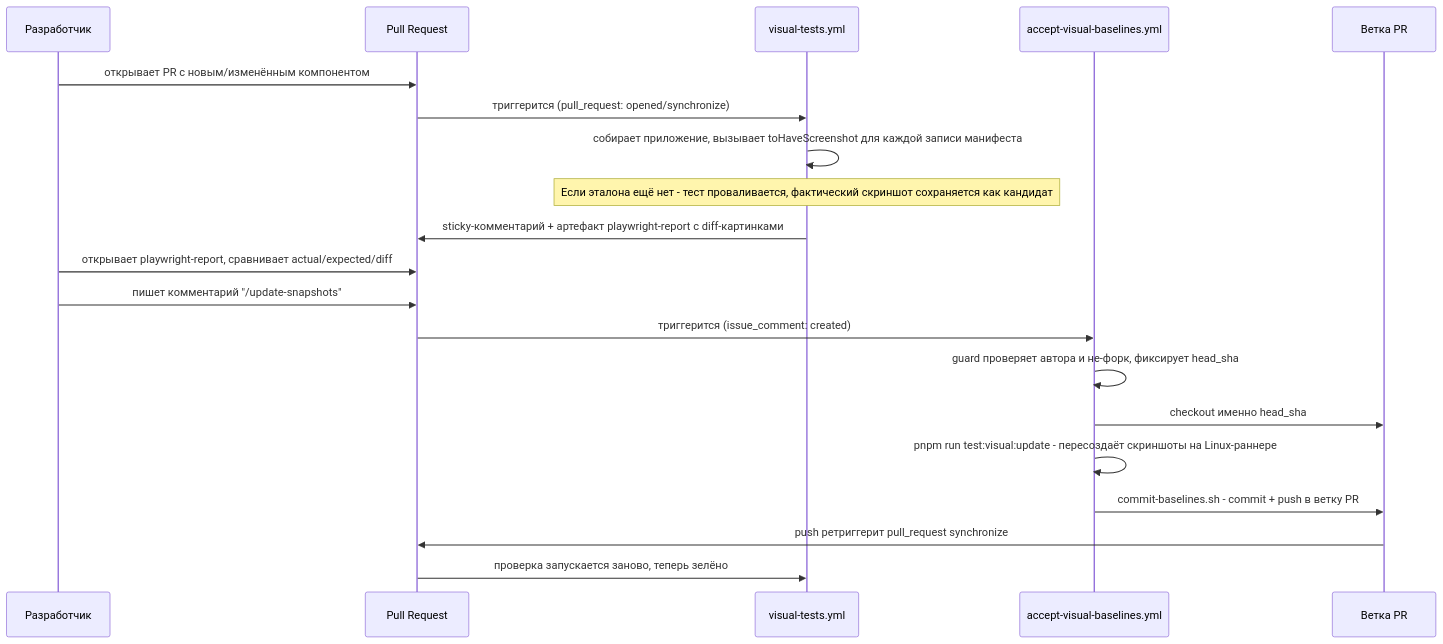
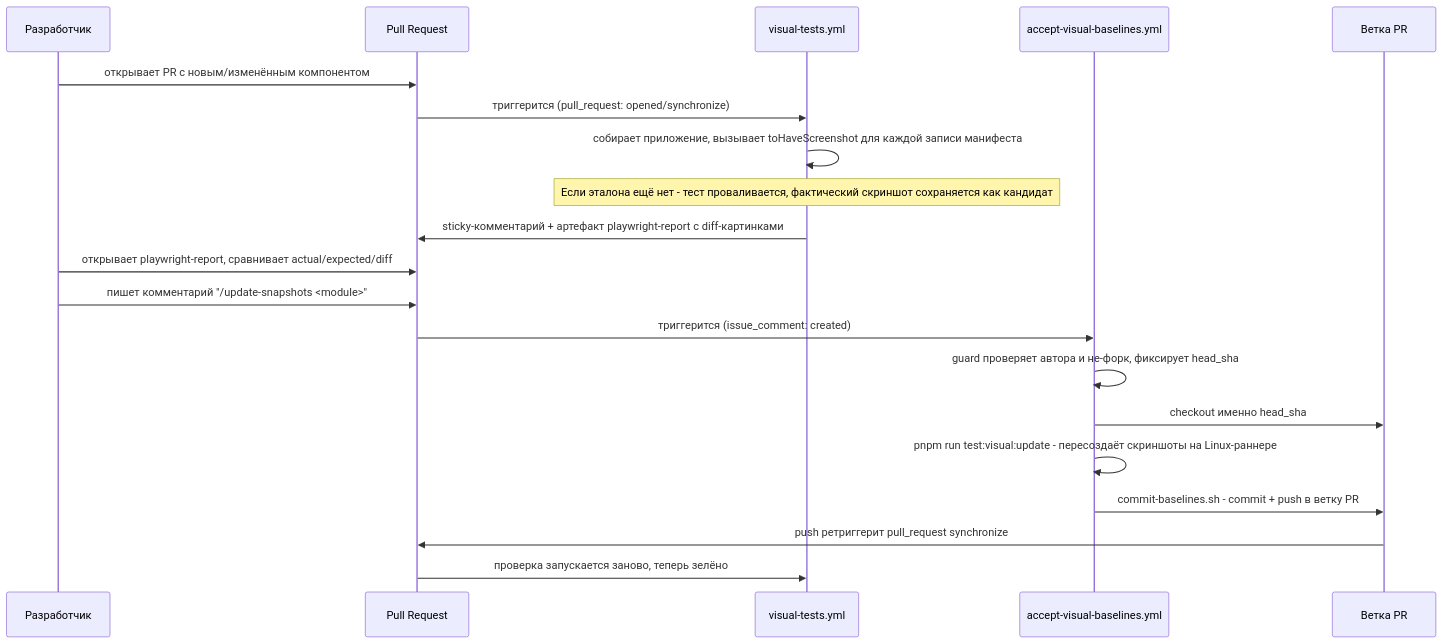
One commit to yuriisurzhykov/Tallyvane changed the second of 3 diagrams in docs/frontend/02-component-testing-architecture.md. Above: the diagram before and after it, drawn with Mermaid. The commit also changed other lines of this file and 5 other files, not shown here.

````diff
--- a/docs/frontend/02-component-testing-architecture.md
+++ b/docs/frontend/02-component-testing-architecture.md
@@ -115,23 +115,23 @@
 ```mermaid
 sequenceDiagram
     participant Dev as Разработчик
     participant PR as Pull Request
     participant Compare as visual-tests.yml
     participant Accept as accept-visual-baselines.yml
     participant Repo as Ветка PR
 
     Dev->>PR: открывает PR с новым/изменённым компонентом
     PR->>Compare: триггерится (pull_request: opened/synchronize)
     Compare->>Compare: собирает приложение, вызывает toHaveScreenshot для каждой записи манифеста
     Note over Compare: Если эталона ещё нет - тест проваливается, фактический скриншот сохраняется как кандидат
     Compare->>PR: sticky-комментарий + артефакт playwright-report с diff-картинками
     Dev->>PR: открывает playwright-report, сравнивает actual/expected/diff
-    Dev->>PR: пишет комментарий "/update-snapshots"
+    Dev->>PR: пишет комментарий "/update-snapshots <module>"
     PR->>Accept: триггерится (issue_comment: created)
     Accept->>Accept: guard проверяет автора и не-форк, фиксирует head_sha
     Accept->>Repo: checkout именно head_sha
     Accept->>Accept: pnpm run test:visual:update - пересоздаёт скриншоты на Linux-раннере
     Accept->>Repo: commit-baselines.sh - commit + push в ветку PR
     Repo->>PR: push ретриггерит pull_request synchronize
     PR->>Compare: проверка запускается заново, теперь зелёно
 ```
````
